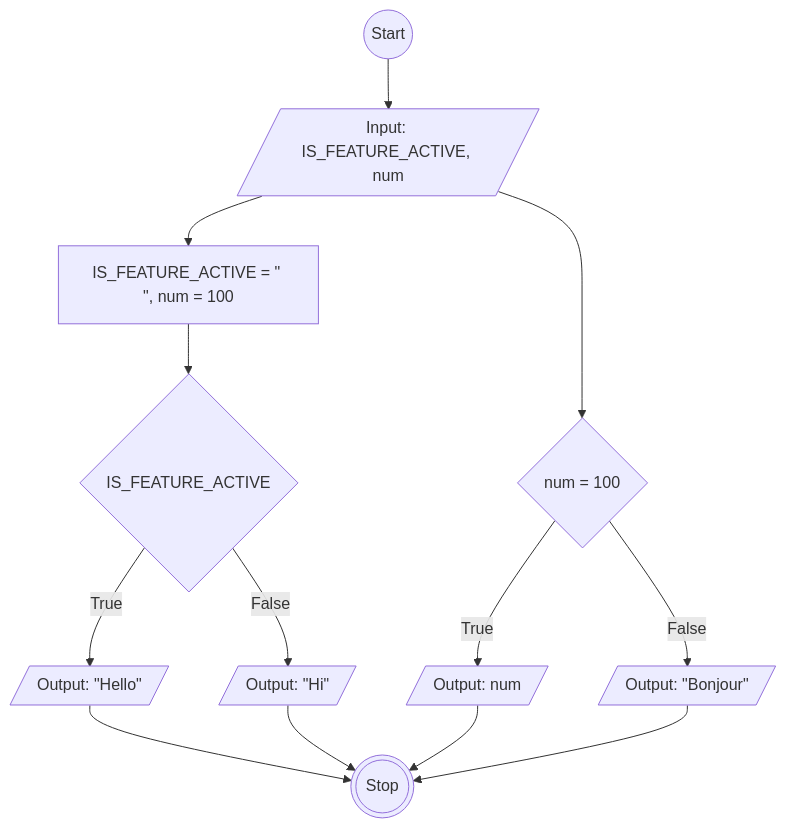
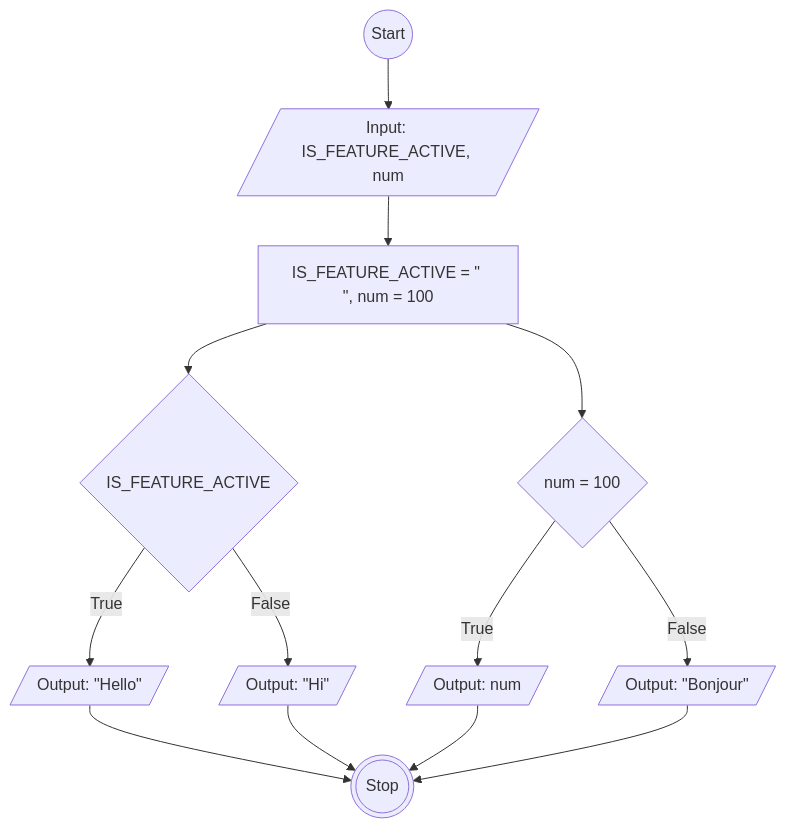
One commit to Vincentius31/koda-b6-javascript1 changed the diagram in flowchart-switch.md. Above: the diagram before and after it, drawn with Mermaid.

````diff
--- a/flowchart-switch.md
+++ b/flowchart-switch.md
@@ -1,20 +1,20 @@
 ```mermaid
 flowchart TD
 idStart((Start))
 idInput[/Input: IS_FEATURE_ACTIVE, num/]
 idProcess[IS_FEATURE_ACTIVE = #quot; #quot;, num = 100]
 idSwitch{IS_FEATURE_ACTIVE}
 idOutputTrue[/Output: #quot;Hello#quot;/]
 idOutputFalse[/Output: #quot;Hi#quot;/]
 kondisiDefault{num = 100}
 kondisiDefaultTrue[/Output: num/]
 kondisiDefaultFalse[/Output: #quot;Bonjour#quot;/]
 idStop(((Stop)))
 
 idStart --> idInput --> idProcess --> idSwitch
 idSwitch -- True --> idOutputTrue --> idStop
 idSwitch -- False --> idOutputFalse --> idStop
-idInput --> kondisiDefault
+idProcess --> kondisiDefault
 kondisiDefault -- True --> kondisiDefaultTrue --> idStop
 kondisiDefault -- False --> kondisiDefaultFalse --> idStop
 ```
````
